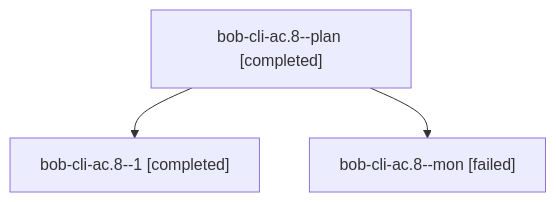
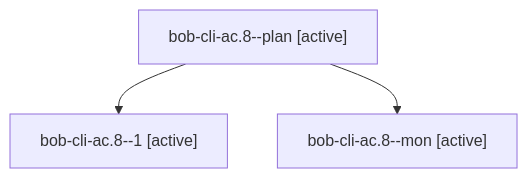
One commit to bobs-org/bob-cli--agents changed the diagram in sessions/bbugyi200.apollo.bob-cli-ac.8.md. Above: the diagram before and after it, drawn with Mermaid. The commit also changed other lines of this file and 1837 other files, not shown here.

````diff
--- a/sessions/bbugyi200.apollo.bob-cli-ac.8.md
+++ b/sessions/bbugyi200.apollo.bob-cli-ac.8.md
@@ -9,8 +9,8 @@
 ```mermaid
 flowchart TD
-  n0["bob-cli-ac.8--plan [completed]"]
-  n1["bob-cli-ac.8--1 [completed]"]
+  n0["bob-cli-ac.8--plan [active]"]
+  n1["bob-cli-ac.8--1 [active]"]
   n0 --> n1
-  n2["bob-cli-ac.8--mon [failed]"]
+  n2["bob-cli-ac.8--mon [active]"]
   n0 --> n2
 ```
````
